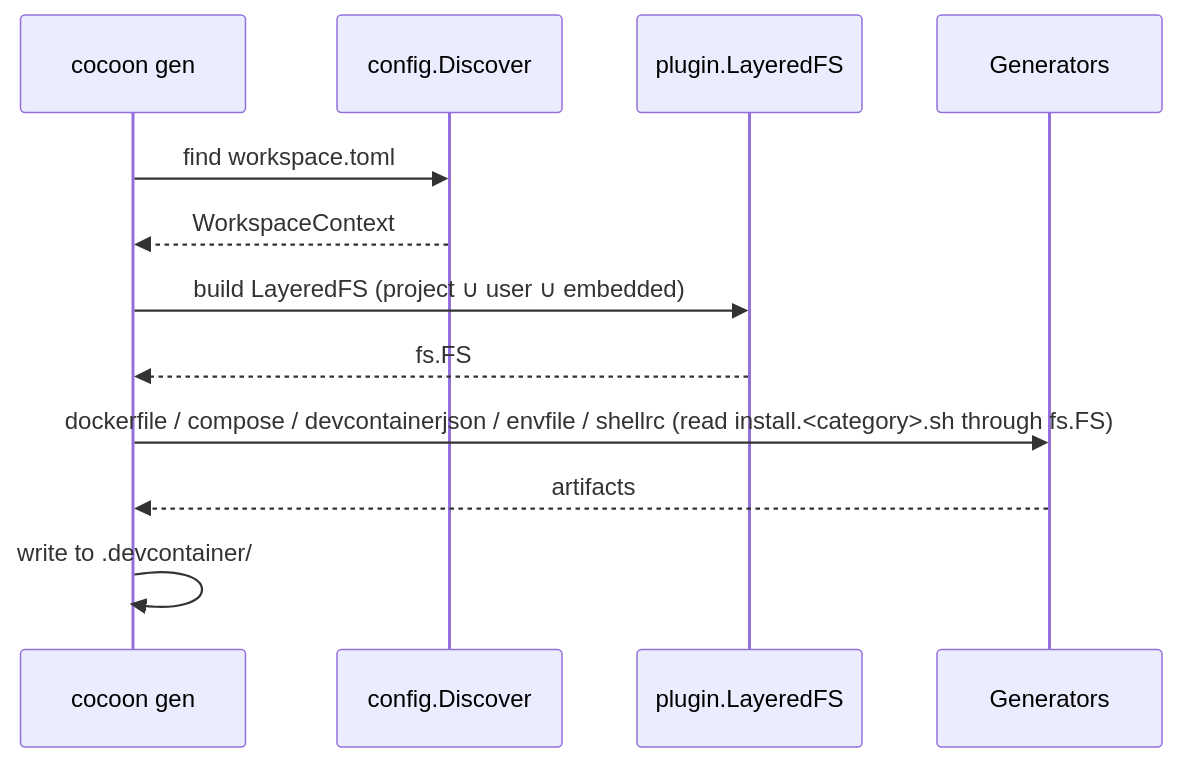
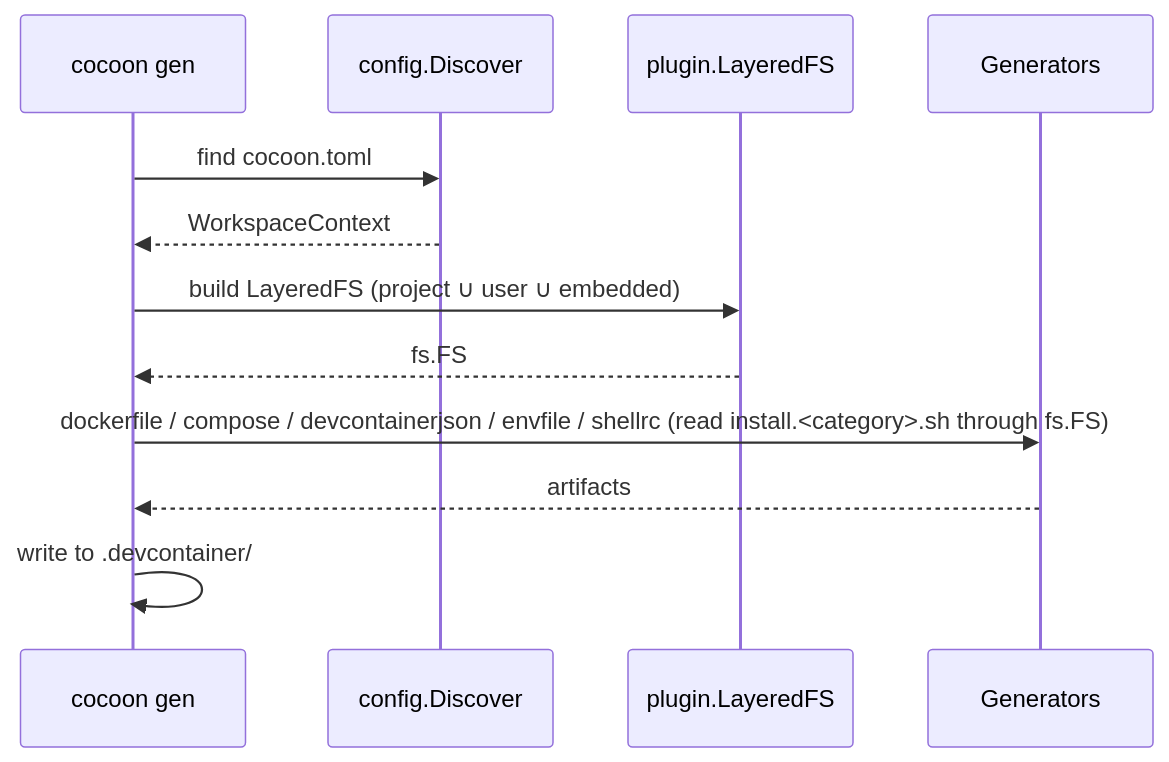
The third of 3 diagrams in docs/architecture.md (sukekyo26/cocoon), drawn with Mermaid before and after one commit. The commit also changed other lines of this file and 18 other files, not shown here.

First line of the commit message:
docs: rename workspace.toml to cocoon.toml across docs and templates

````diff
--- a/docs/architecture.md
+++ b/docs/architecture.md
@@ -65,14 +65,14 @@
 ```mermaid
 sequenceDiagram
     participant cli as cocoon gen
     participant cfg as config.Discover
     participant fs as plugin.LayeredFS
     participant gen as Generators
-    cli->>cfg: find workspace.toml
+    cli->>cfg: find cocoon.toml
     cfg-->>cli: WorkspaceContext
     cli->>fs: build LayeredFS (project ∪ user ∪ embedded)
     fs-->>cli: fs.FS
     cli->>gen: dockerfile / compose / devcontainerjson / envfile / shellrc (read install.<category>.sh through fs.FS)
     gen-->>cli: artifacts
     cli->>cli: write to .devcontainer/
 ```
````
